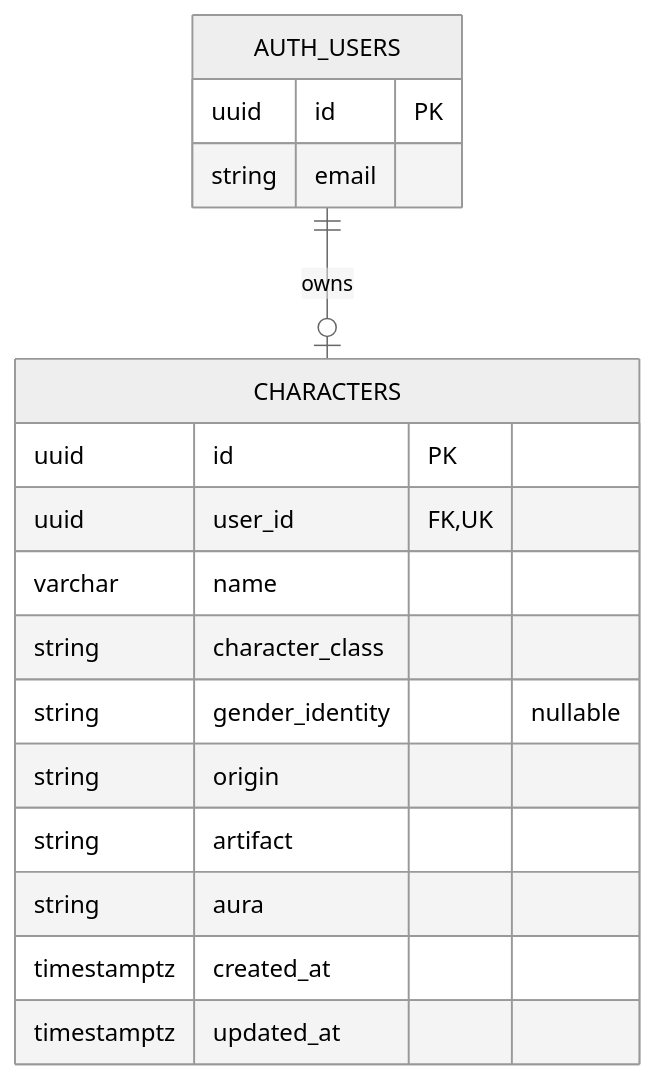
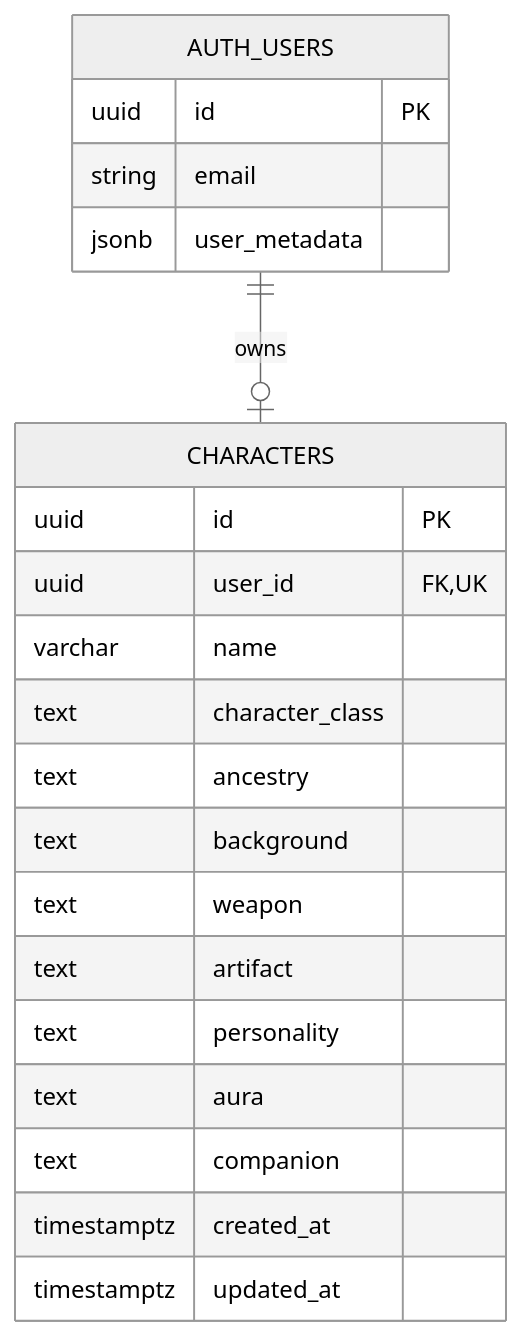
The diagram in docs/uml/data-model.md (AlexandroLeao/rpg-character-creator), drawn with Mermaid (neutral theme) before and after one commit. The commit also changed other lines of this file, not shown here.

Commit message:
docs: update ERD for expanded character fields

````diff
--- a/docs/uml/data-model.md
+++ b/docs/uml/data-model.md
@@ -5,22 +5,26 @@
 ```mermaid
 erDiagram
     AUTH_USERS ||--o| CHARACTERS : owns
 
     AUTH_USERS {
         uuid id PK
         string email
+        jsonb user_metadata
     }
 
     CHARACTERS {
         uuid id PK
         uuid user_id FK,UK
         varchar name
-        string character_class
-        string gender_identity "nullable"
-        string origin
-        string artifact
-        string aura
+        text character_class
+        text ancestry
+        text background
+        text weapon
+        text artifact
+        text personality
+        text aura
+        text companion
         timestamptz created_at
         timestamptz updated_at
     }
 ```
````
